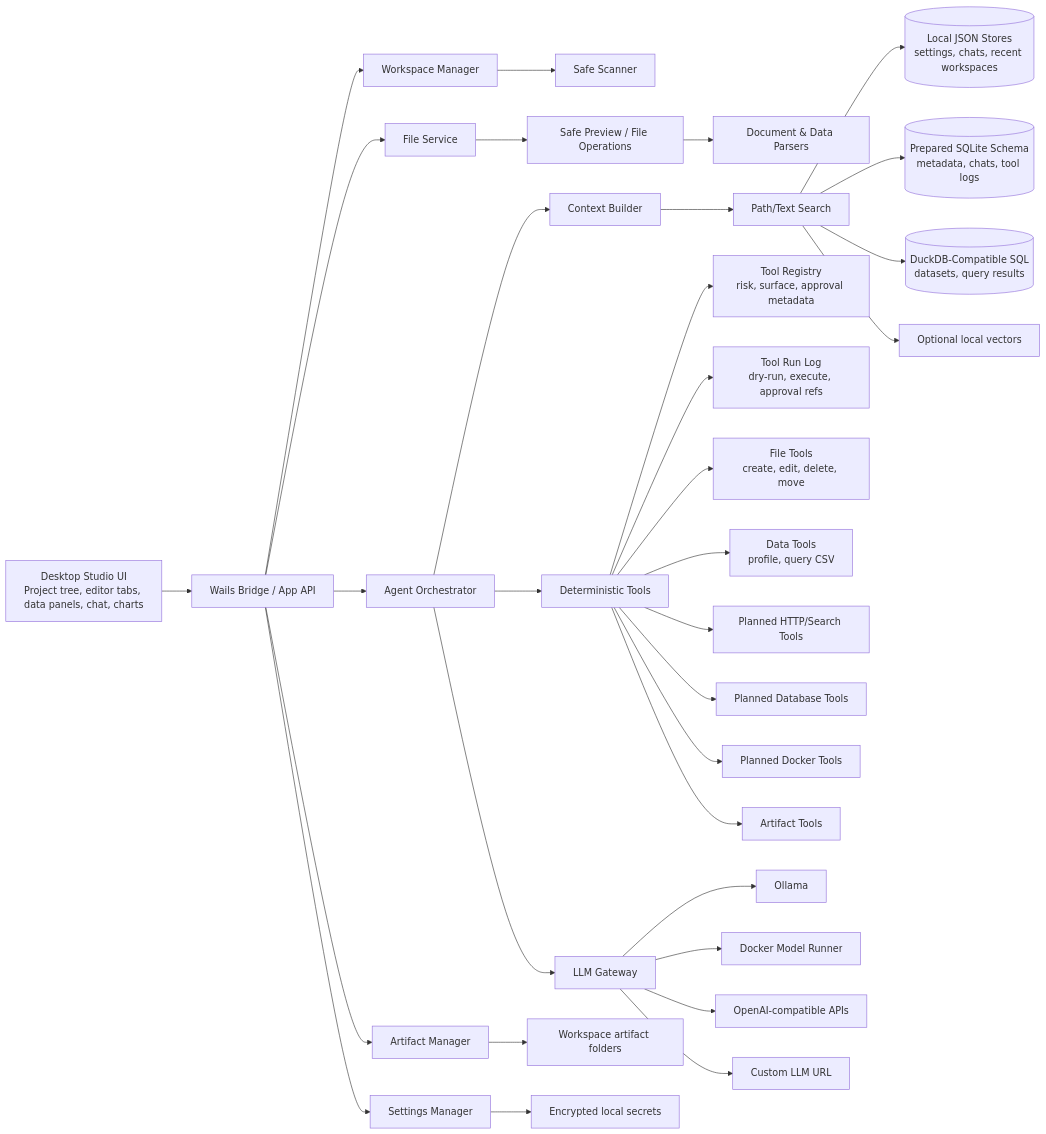
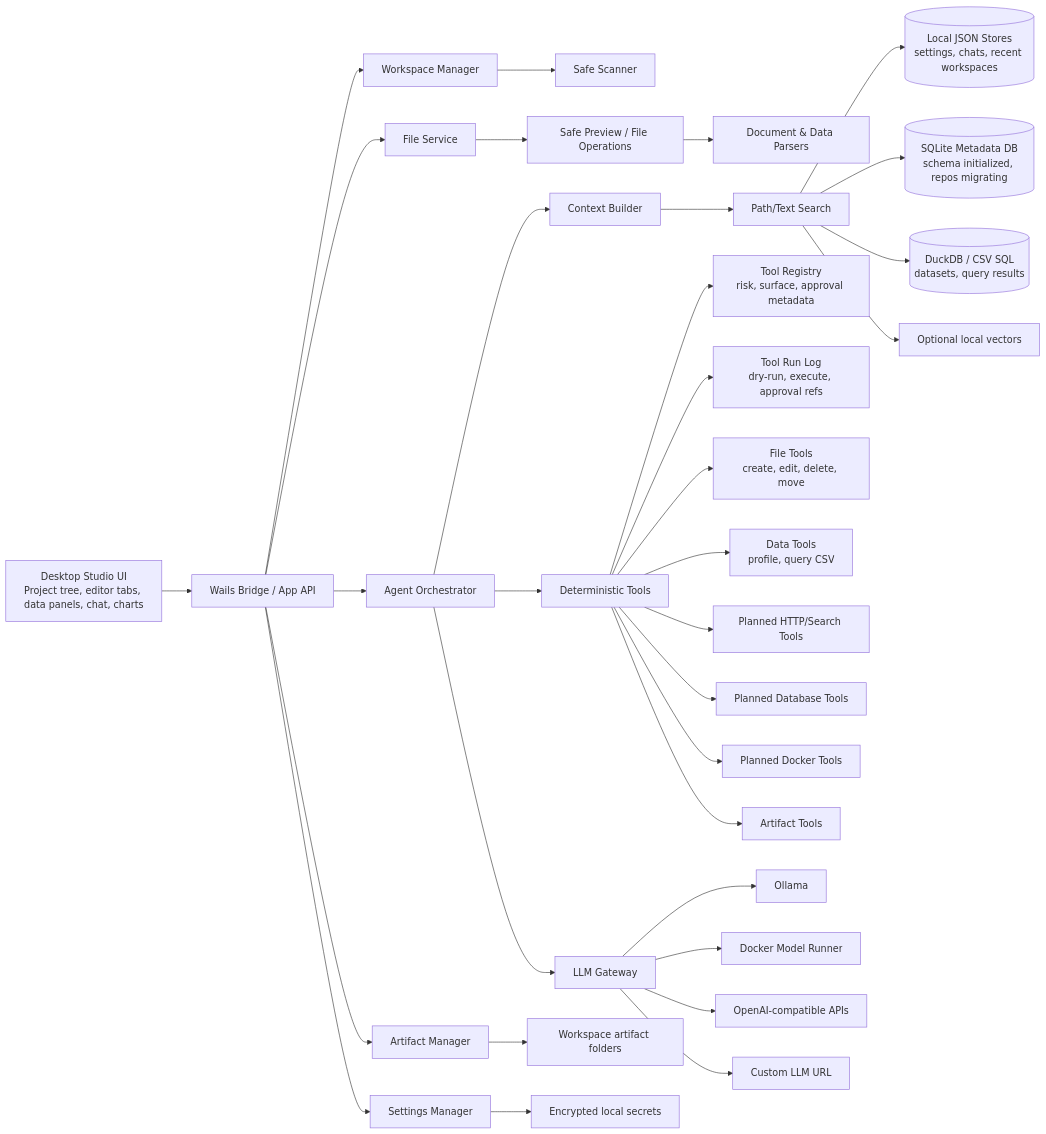
Before and after one commit to RCooLeR/NexusDesk: the diagram in docs/02_ARCHITECTURE.md, drawn with Mermaid. The commit also changed other lines of this file and 32 other files, not shown here.

````diff
--- a/docs/02_ARCHITECTURE.md
+++ b/docs/02_ARCHITECTURE.md
@@ -45,41 +46,41 @@
 ```mermaid
 flowchart LR
   UI["Desktop Studio UI<br/>Project tree, editor tabs, data panels, chat, charts"] --> Bridge["Wails Bridge / App API"]
 
   Bridge --> Workspace["Workspace Manager"]
   Bridge --> Files["File Service"]
   Bridge --> Agent["Agent Orchestrator"]
   Bridge --> Artifacts["Artifact Manager"]
   Bridge --> Settings["Settings Manager"]
 
   Workspace --> Scanner["Safe Scanner"]
   Files --> Previewer["Safe Preview / File Operations"]
   Previewer --> Parsers["Document & Data Parsers"]
 
   Agent --> Context["Context Builder"]
   Agent --> Tools["Deterministic Tools"]
   Agent --> LLM["LLM Gateway"]
 
   Context --> Search["Path/Text Search"]
   Search --> JsonStores[("Local JSON Stores<br/>settings, chats, recent workspaces")]
-  Search --> FutureAppDB[("Prepared SQLite Schema<br/>metadata, chats, tool logs")]
-  Search --> FutureAnalyticsDB[("DuckDB-Compatible SQL<br/>datasets, query results")]
+  Search --> AppDB[("SQLite Metadata DB<br/>schema initialized, repos migrating")]
+  Search --> AnalyticsDB[("DuckDB / CSV SQL<br/>datasets, query results")]
   Search --> FutureVectorStore["Optional local vectors"]
 
   Tools --> Registry["Tool Registry<br/>risk, surface, approval metadata"]
   Tools --> ToolRuns["Tool Run Log<br/>dry-run, execute, approval refs"]
   Tools --> FileTools["File Tools<br/>create, edit, delete, move"]
   Tools --> DataTools["Data Tools<br/>profile, query CSV"]
   Tools --> FutureWebTools["Planned HTTP/Search Tools"]
   Tools --> FutureDBTools["Planned Database Tools"]
   Tools --> FutureDockerTools["Planned Docker Tools"]
   Tools --> ArtifactTools["Artifact Tools"]
 
   LLM --> Ollama["Ollama"]
   LLM --> DockerModelRunner["Docker Model Runner"]
   LLM --> OpenAICompat["OpenAI-compatible APIs"]
   LLM --> CustomGateway["Custom LLM URL"]
 
   Artifacts --> WorkspaceFiles["Workspace artifact folders"]
   Settings --> Secrets["Encrypted local secrets"]
 ```
````
